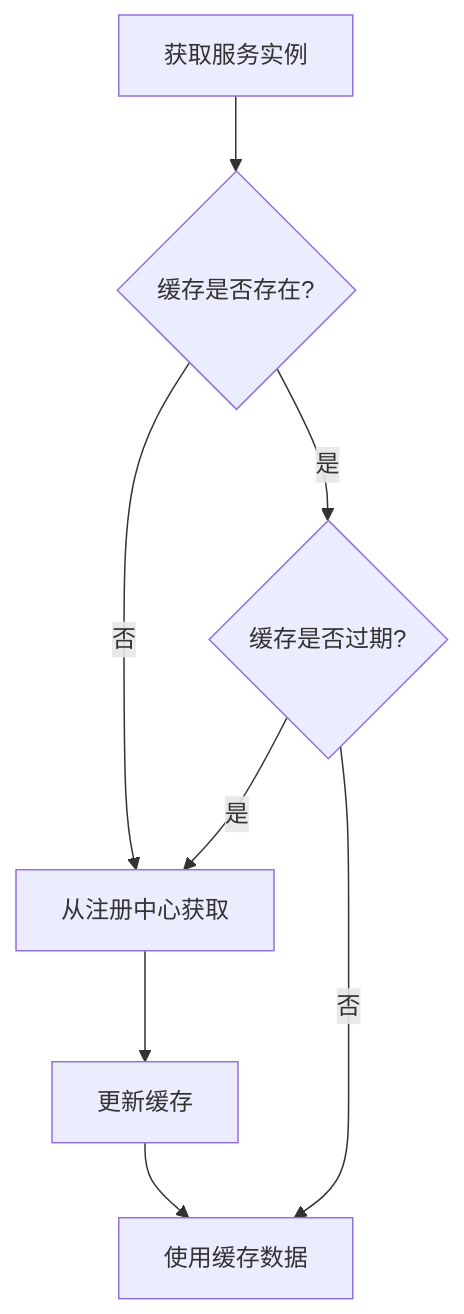
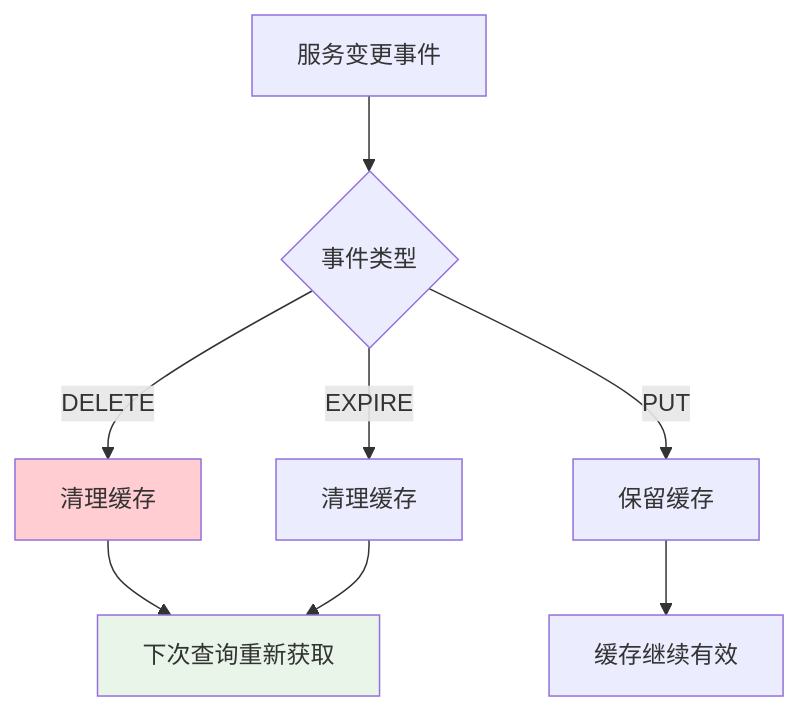
One commit to 2042159221/learn-RPC changed the fourth of 9 diagrams in doc/服务注册信息缓存更新与一致性保障.md. Above: the diagram before and after it, drawn with Mermaid. The commit also changed other lines of this file and 30 other files, not shown here.

````diff
--- a/doc/服务注册信息缓存更新与一致性保障.md
+++ b/doc/服务注册信息缓存更新与一致性保障.md
@@ -119,10 +261,14 @@
 ```mermaid
 graph TD
-    A[获取服务实例] --> B{缓存是否存在?}
-    B -->|否| C[从注册中心获取]
-    B -->|是| D{缓存是否过期?}
-    D -->|是| C
-    D -->|否| E[使用缓存数据]
-    C --> F[更新缓存]
-    F --> E
+    A[服务变更事件] --> B{事件类型}
+    B -->|DELETE| C[清理缓存]
+    B -->|PUT| D[保留缓存]
+    B -->|EXPIRE| E[清理缓存]
+
+    C --> F[下次查询重新获取]
+    D --> G[缓存继续有效]
+    E --> F
+
+    style C fill:#ffcdd2
+    style F fill:#e8f5e8
 ```
````
